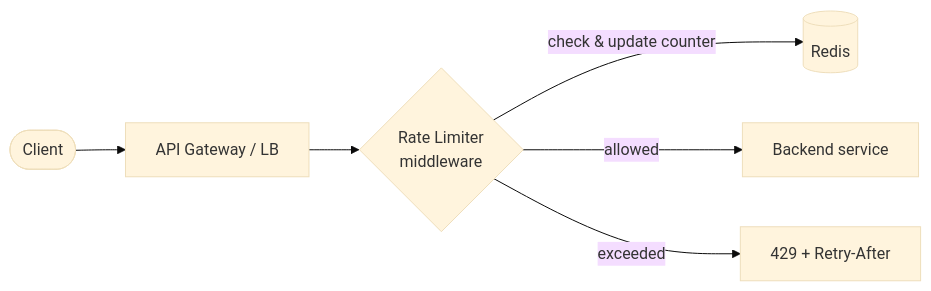
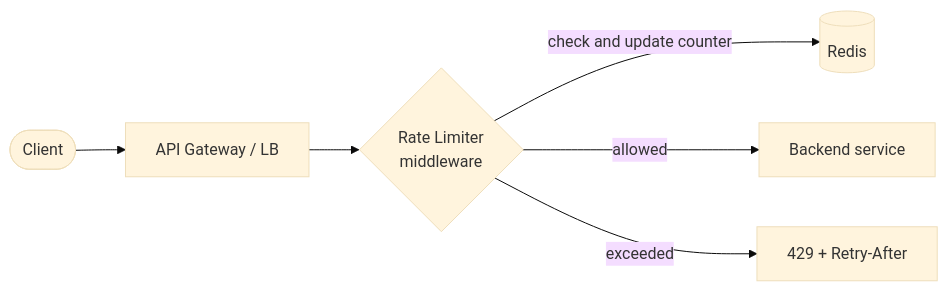
The diagram in 02-design-scenarios/solutions/scenario-2-rate-limiter.md (shubhs248/SystemDesign), drawn with Mermaid (base theme) before and after one commit. The commit also changed 34 other files, not shown here.

````diff
--- a/02-design-scenarios/solutions/scenario-2-rate-limiter.md
+++ b/02-design-scenarios/solutions/scenario-2-rate-limiter.md
@@ -31,8 +31,8 @@
 ```mermaid
 flowchart LR
     c([Client]) --> gw[API Gateway / LB]
-    gw --> rl{Rate Limiter\nmiddleware}
-    rl -->|check & update counter| redis[(Redis)]
+    gw --> rl{Rate Limiter<br/>middleware}
+    rl -->|check and update counter| redis[(Redis)]
     rl -->|allowed| svc[Backend service]
     rl -->|exceeded| x[429 + Retry-After]
 ```
````
